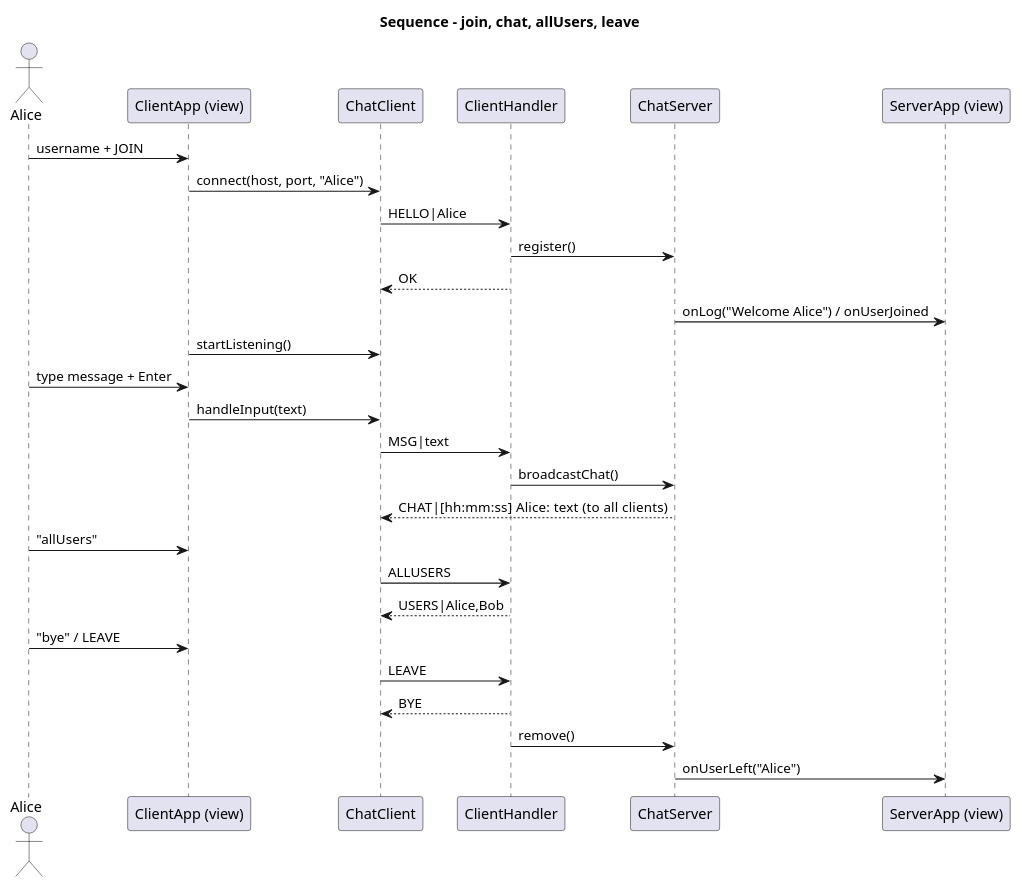
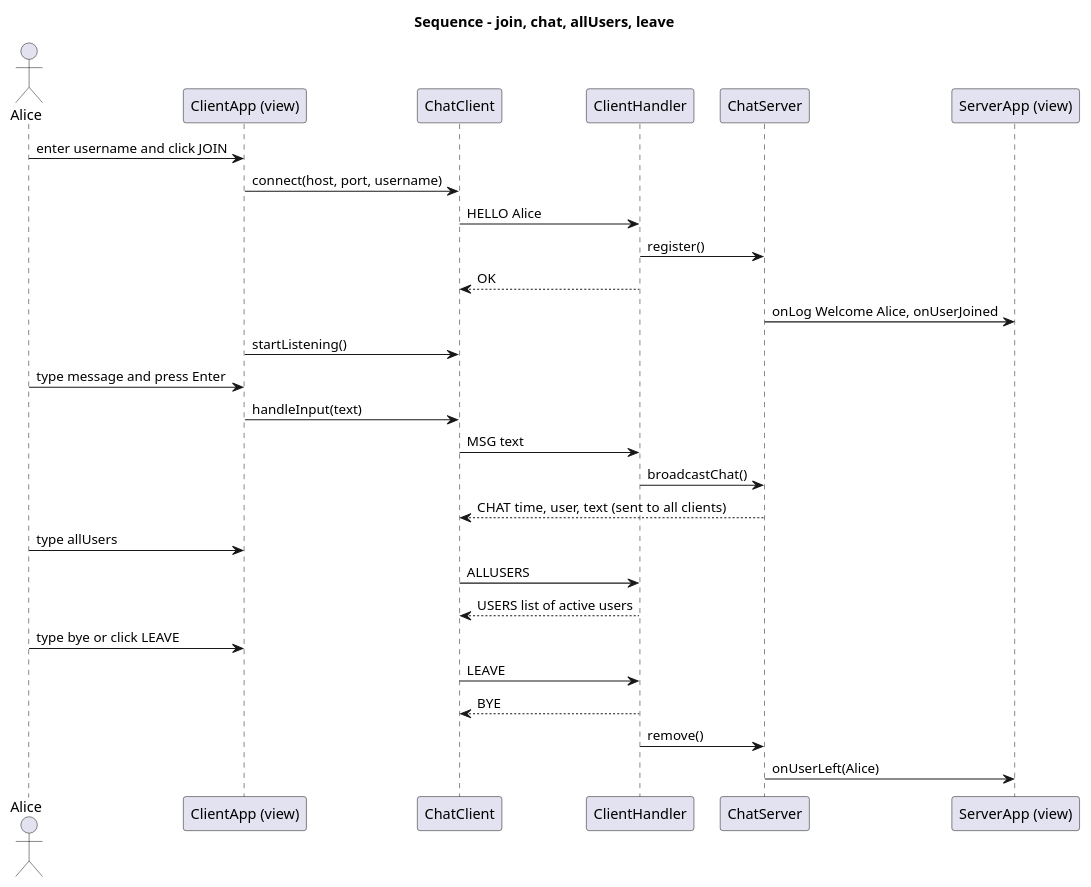
Before and after one commit to almaikawtar/MultiClientChat: the diagram in docs/sequence-diagram.puml, drawn with PlantUML. The commit also changed 8 other files, not shown here.

```diff
--- a/docs/sequence-diagram.puml
+++ b/docs/sequence-diagram.puml
@@ -1,30 +1,34 @@
 @startuml
 title Sequence - join, chat, allUsers, leave
+
 actor Alice
-participant "ClientApp (view)" as V
-participant ChatClient as C
-participant ClientHandler as H
-participant ChatServer as S
-participant "ServerApp (view)" as SV
+participant "ClientApp (view)" as ClientView
+participant ChatClient as Client
+participant ClientHandler as Handler
+participant ChatServer as Server
+participant "ServerApp (view)" as ServerView
 
-Alice -> V : username + JOIN
-V -> C : connect(host, port, "Alice")
-C -> H : HELLO|Alice
-H -> S : register()
-H --> C : OK
-S -> SV : onLog("Welcome Alice") / onUserJoined
-V -> C : startListening()
-Alice -> V : type message + Enter
-V -> C : handleInput(text)
-C -> H : MSG|text
-H -> S : broadcastChat()
-S --> C : CHAT|[hh:mm:ss] Alice: text   (to all clients)
-Alice -> V : "allUsers"
-C -> H : ALLUSERS
-H --> C : USERS|Alice,Bob
-Alice -> V : "bye" / LEAVE
-C -> H : LEAVE
-H --> C : BYE
-H -> S : remove()
-S -> SV : onUserLeft("Alice")
+Alice -> ClientView : enter username and click JOIN
+ClientView -> Client : connect(host, port, username)
+Client -> Handler : HELLO Alice
+Handler -> Server : register()
+Handler --> Client : OK
+Server -> ServerView : onLog Welcome Alice, onUserJoined
+ClientView -> Client : startListening()
+
+Alice -> ClientView : type message and press Enter
+ClientView -> Client : handleInput(text)
+Client -> Handler : MSG text
+Handler -> Server : broadcastChat()
+Server --> Client : CHAT time, user, text (sent to all clients)
+
+Alice -> ClientView : type allUsers
+Client -> Handler : ALLUSERS
+Handler --> Client : USERS list of active users
+
+Alice -> ClientView : type bye or click LEAVE
+Client -> Handler : LEAVE
+Handler --> Client : BYE
+Handler -> Server : remove()
+Server -> ServerView : onUserLeft(Alice)
 @enduml
```
